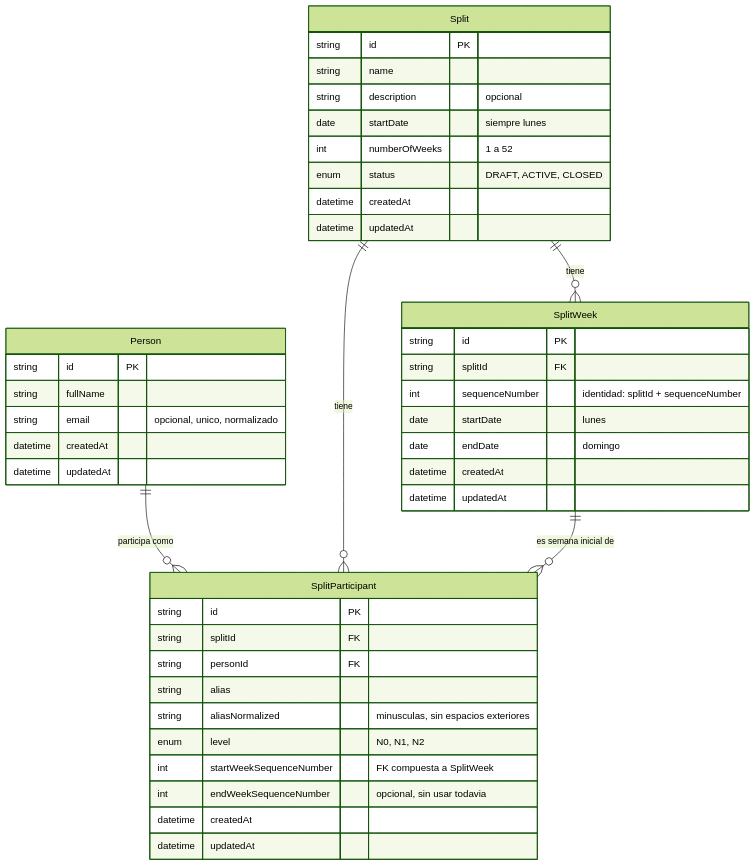
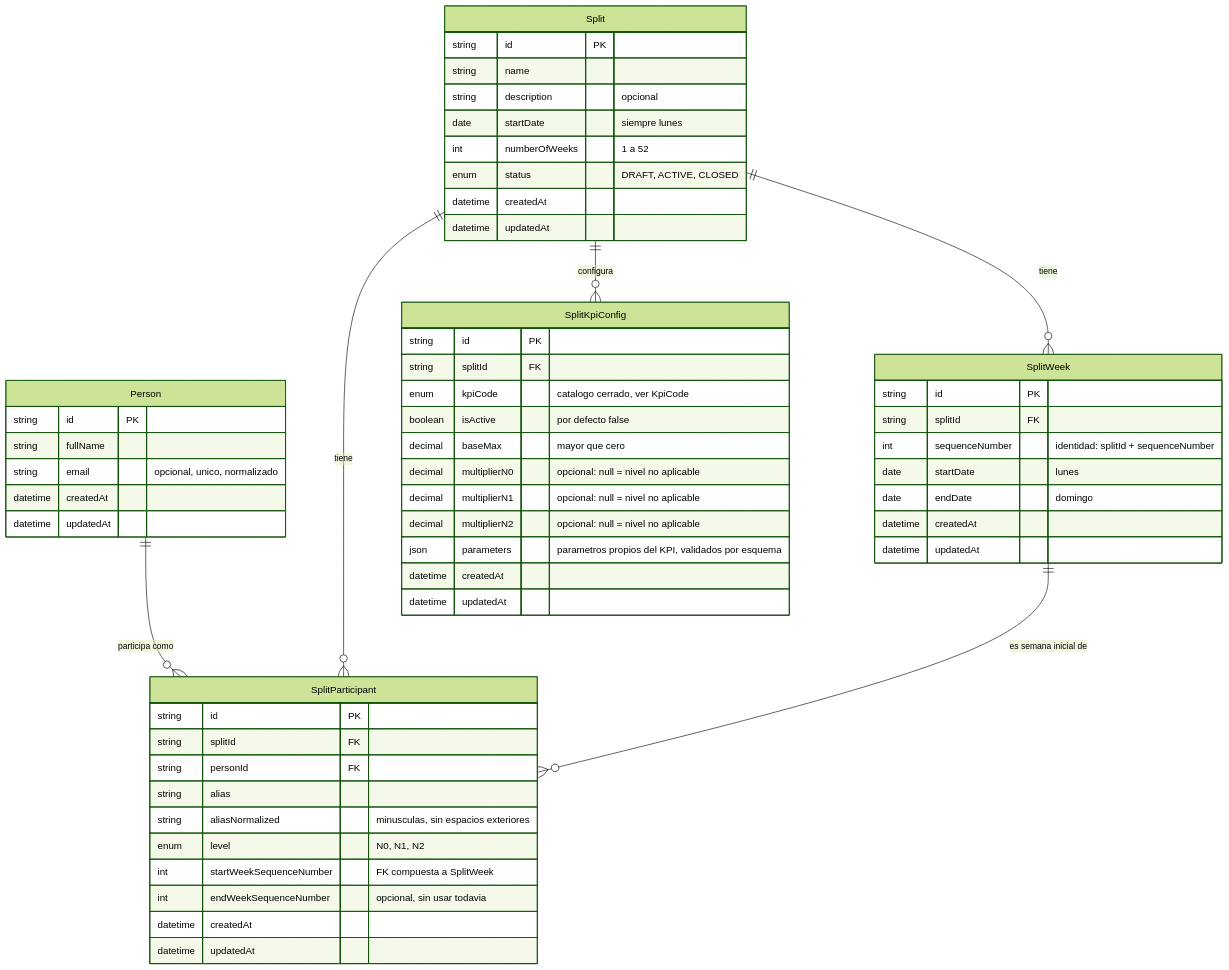
The diagram in docs/DATA_MODEL.md (bateman37/gamification-vcs), drawn with Mermaid (forest theme) before and after one commit. The commit also changed other lines of this file and 24 other files, not shown here.

````diff
--- a/docs/DATA_MODEL.md
+++ b/docs/DATA_MODEL.md
@@ -10,49 +11,64 @@
 ```mermaid
 erDiagram
     Person ||--o{ SplitParticipant : "participa como"
     Split ||--o{ SplitWeek : "tiene"
     Split ||--o{ SplitParticipant : "tiene"
+    Split ||--o{ SplitKpiConfig : "configura"
     SplitWeek ||--o{ SplitParticipant : "es semana inicial de"
 
     Person {
         string id PK
         string fullName
         string email "opcional, unico, normalizado"
         datetime createdAt
         datetime updatedAt
     }
 
     Split {
         string id PK
         string name
         string description "opcional"
         date startDate "siempre lunes"
         int numberOfWeeks "1 a 52"
         enum status "DRAFT, ACTIVE, CLOSED"
         datetime createdAt
         datetime updatedAt
     }
 
     SplitWeek {
         string id PK
         string splitId FK
         int sequenceNumber "identidad: splitId + sequenceNumber"
         date startDate "lunes"
         date endDate "domingo"
         datetime createdAt
         datetime updatedAt
     }
 
     SplitParticipant {
         string id PK
         string splitId FK
         string personId FK
         string alias
         string aliasNormalized "minusculas, sin espacios exteriores"
         enum level "N0, N1, N2"
         int startWeekSequenceNumber "FK compuesta a SplitWeek"
         int endWeekSequenceNumber "opcional, sin usar todavia"
         datetime createdAt
         datetime updatedAt
     }
+
+    SplitKpiConfig {
+        string id PK
+        string splitId FK
+        enum kpiCode "catalogo cerrado, ver KpiCode"
+        boolean isActive "por defecto false"
+        decimal baseMax "mayor que cero"
+        decimal multiplierN0 "opcional: null = nivel no aplicable"
+        decimal multiplierN1 "opcional: null = nivel no aplicable"
+        decimal multiplierN2 "opcional: null = nivel no aplicable"
+        json parameters "parametros propios del KPI, validados por esquema"
+        datetime createdAt
+        datetime updatedAt
+    }
 ```
````
